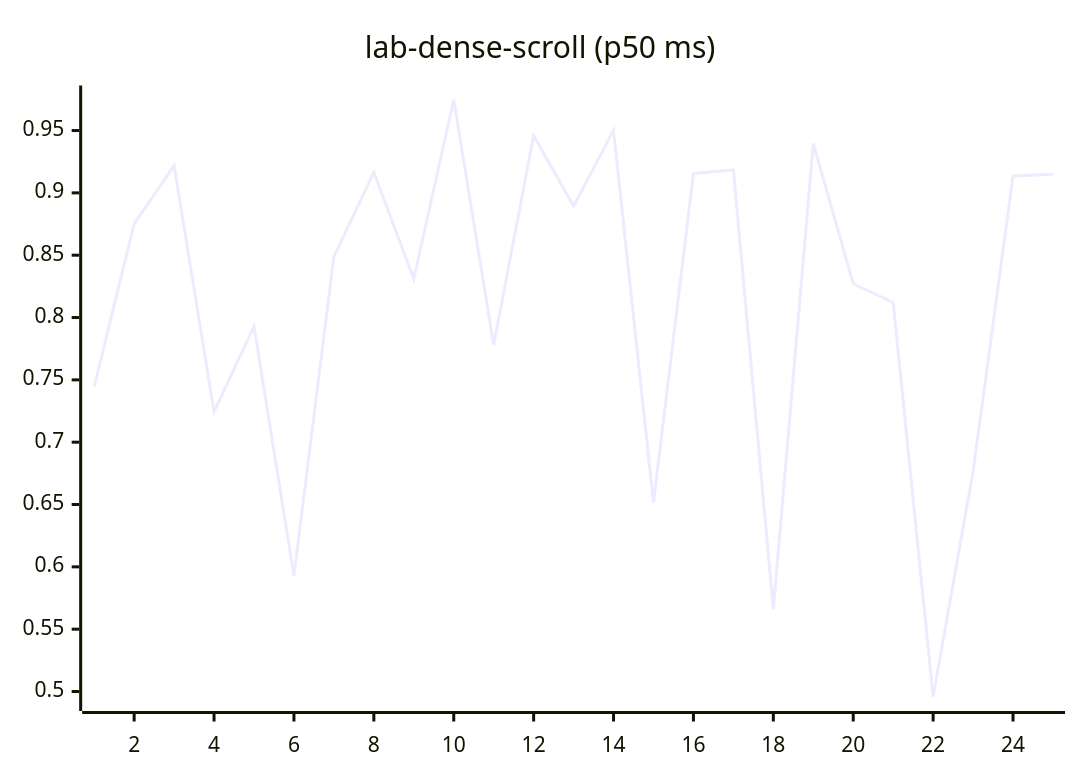
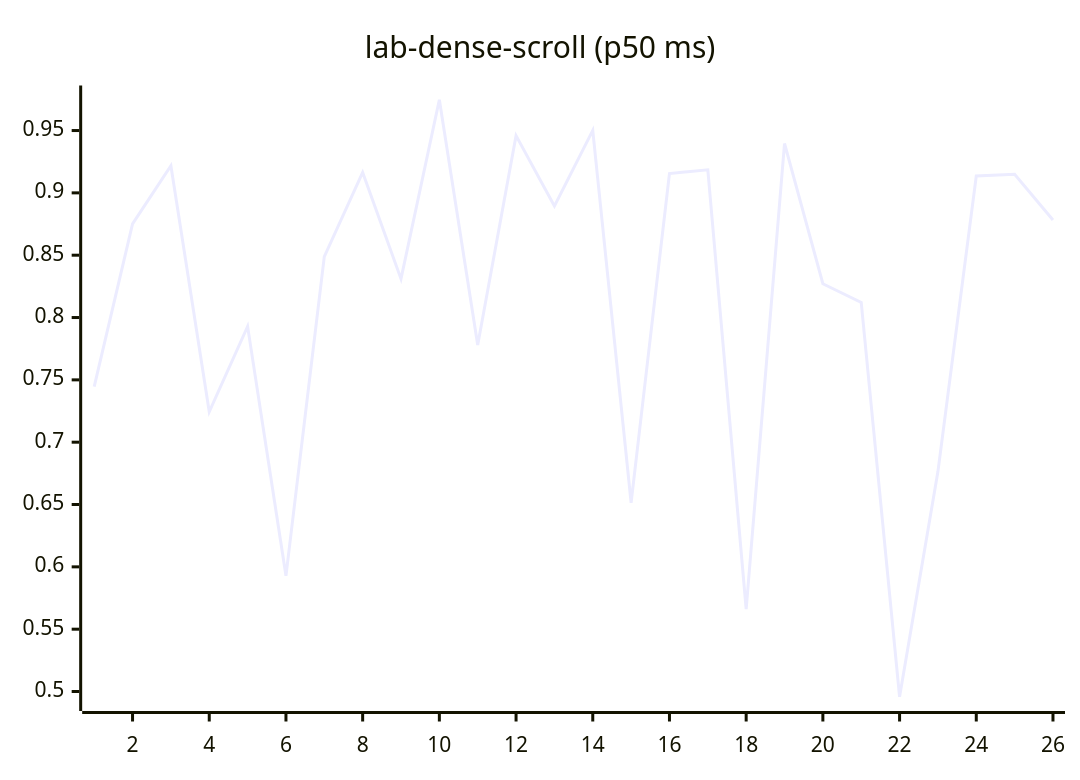
Diagram 12 of 27 in README.md (josha/Facet), drawn with Mermaid before and after one commit. The commit also changed other lines of this file and 2 other files, not shown here.

````diff
--- a/README.md
+++ b/README.md
@@ -140,6 +140,6 @@
 ```mermaid
 xychart-beta
     title "lab-dense-scroll (p50 ms)"
-    x-axis 1 --> 25
-    line [0.7446, 0.8751, 0.9218, 0.7244, 0.7929, 0.5928, 0.8489, 0.9164, 0.8310, 0.9747, 0.7780, 0.9459, 0.8894, 0.9501, 0.6514, 0.9155, 0.9185, 0.5661, 0.9396, 0.8271, 0.8121, 0.4958, 0.6764, 0.9135, 0.9149]
+    x-axis 1 --> 26
+    line [0.7446, 0.8751, 0.9218, 0.7244, 0.7929, 0.5928, 0.8489, 0.9164, 0.8310, 0.9747, 0.7780, 0.9459, 0.8894, 0.9501, 0.6514, 0.9155, 0.9185, 0.5661, 0.9396, 0.8271, 0.8121, 0.4958, 0.6764, 0.9135, 0.9149, 0.8783]
 ```
````
